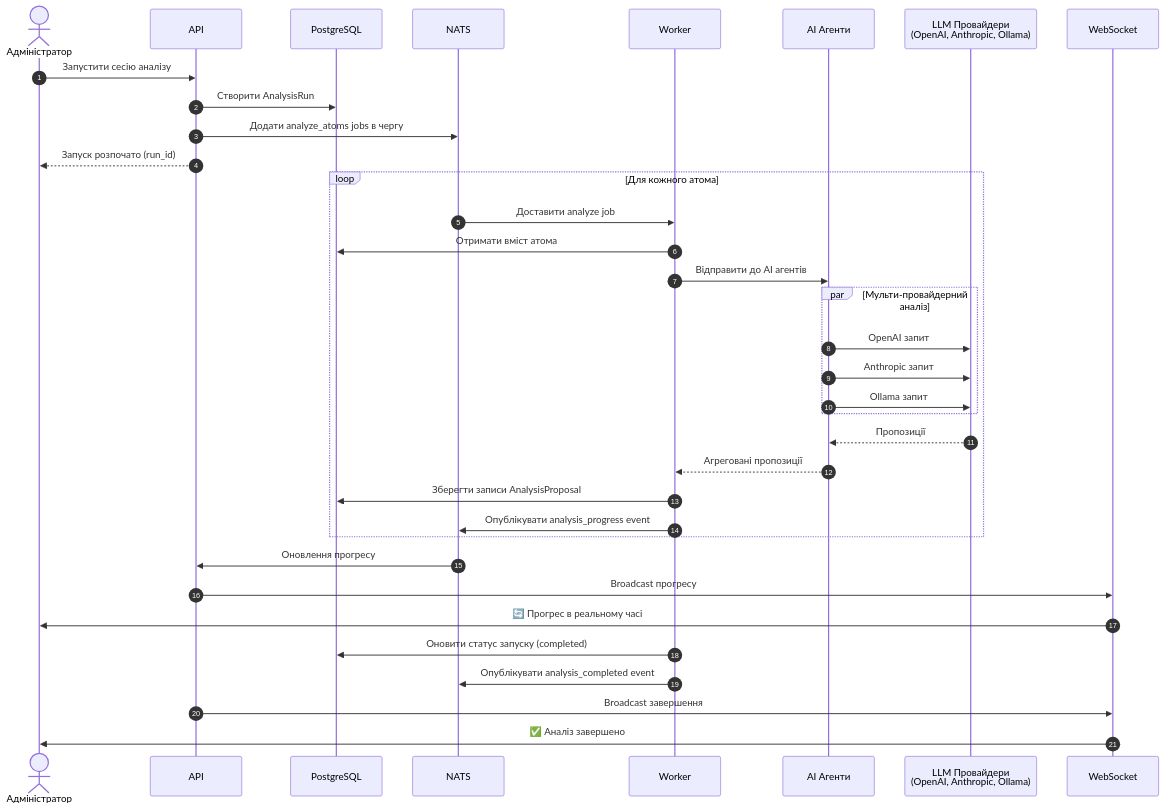
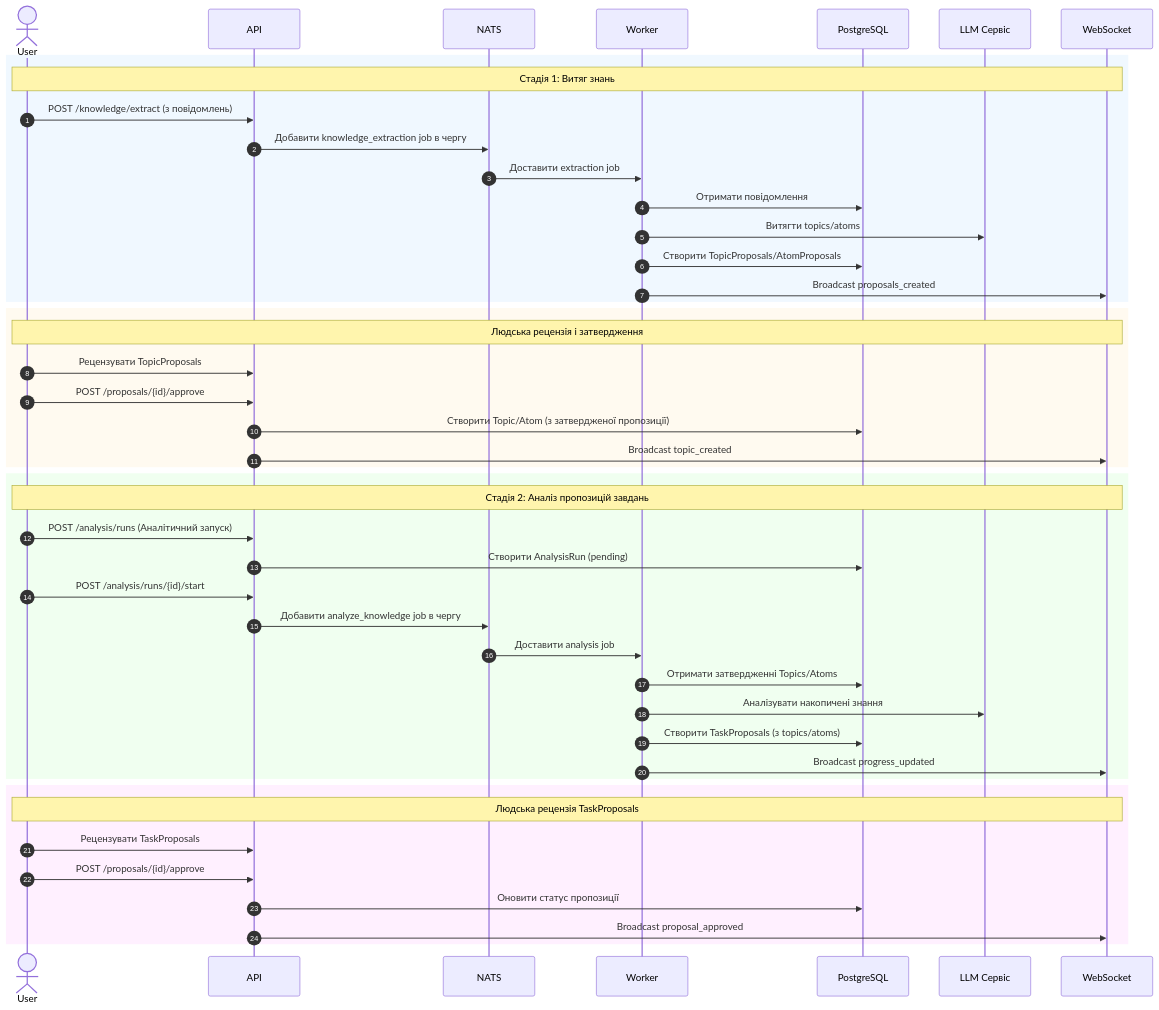
The fifth of 15 diagrams in docs/content/uk/architecture/diagrams.md (djimontyp/task-tracker), drawn with Mermaid before and after one commit. The commit also changed other lines of this file and 8 other files, not shown here.

Commit message:
docs: update architecture for two-stage knowledge pipeline

````diff
--- a/docs/content/uk/architecture/diagrams.md
+++ b/docs/content/uk/architecture/diagrams.md
@@ -217,44 +217,53 @@
 ```mermaid
 sequenceDiagram
     autonumber
-    actor Admin as Адміністратор
+    actor User
     participant API
-    participant DB as PostgreSQL
     participant NATS
     participant Worker
-    participant Agents as AI Агенти
-    participant Providers as LLM Провайдери<br/>(OpenAI, Anthropic, Ollama)
+    participant DB as PostgreSQL
+    participant LLM as LLM Сервіс
     participant WS as WebSocket
 
-    Admin->>API: Запустити сесію аналізу
-    API->>DB: Створити AnalysisRun
-    API->>NATS: Додати analyze_atoms jobs в чергу
-    API-->>Admin: Запуск розпочато (run_id)
+    rect rgb(240, 248, 255)
+        Note over User,WS: Стадія 1: Витяг знань
+        User->>API: POST /knowledge/extract (з повідомлень)
+        API->>NATS: Добавити knowledge_extraction job в чергу
 
-    loop Для кожного атома
-        NATS->>Worker: Доставити analyze job
-        Worker->>DB: Отримати вміст атома
-        Worker->>Agents: Відправити до AI агентів
-
-        par Мульти-провайдерний аналіз
-            Agents->>Providers: OpenAI запит
-            Agents->>Providers: Anthropic запит
-            Agents->>Providers: Ollama запит
-        end
-
-        Providers-->>Agents: Пропозиції
-        Agents-->>Worker: Агреговані пропозиції
-
-        Worker->>DB: Зберегти записи AnalysisProposal
-        Worker->>NATS: Опублікувати analysis_progress event
+        NATS->>Worker: Доставити extraction job
+        Worker->>DB: Отримати повідомлення
+        Worker->>LLM: Витягти topics/atoms
+        Worker->>DB: Створити TopicProposals/AtomProposals
+        Worker->>WS: Broadcast proposals_created
     end
 
-    NATS->>API: Оновлення прогресу
-    API->>WS: Broadcast прогресу
-    WS->>Admin: 🔄 Прогрес в реальному часі
+    rect rgb(255, 250, 240)
+        Note over User,WS: Людська рецензія і затвердження
+        User->>API: Рецензувати TopicProposals
+        User->>API: POST /proposals/{id}/approve
+        API->>DB: Створити Topic/Atom (з затвердженої пропозиції)
+        API->>WS: Broadcast topic_created
+    end
 
-    Worker->>DB: Оновити статус запуску (completed)
-    Worker->>NATS: Опублікувати analysis_completed event
-    API->>WS: Broadcast завершення
-    WS->>Admin: ✅ Аналіз завершено
+    rect rgb(240, 255, 240)
+        Note over User,WS: Стадія 2: Аналіз пропозицій завдань
+        User->>API: POST /analysis/runs (Аналітичний запуск)
+        API->>DB: Створити AnalysisRun (pending)
+        User->>API: POST /analysis/runs/{id}/start
+        API->>NATS: Добавити analyze_knowledge job в чергу
+
+        NATS->>Worker: Доставити analysis job
+        Worker->>DB: Отримати затвердженні Topics/Atoms
+        Worker->>LLM: Аналізувати накопичені знання
+        Worker->>DB: Створити TaskProposals (з topics/atoms)
+        Worker->>WS: Broadcast progress_updated
+    end
+
+    rect rgb(255, 240, 255)
+        Note over User,WS: Людська рецензія TaskProposals
+        User->>API: Рецензувати TaskProposals
+        User->>API: POST /proposals/{id}/approve
+        API->>DB: Оновити статус пропозиції
+        API->>WS: Broadcast proposal_approved
+    end
 ```
````
